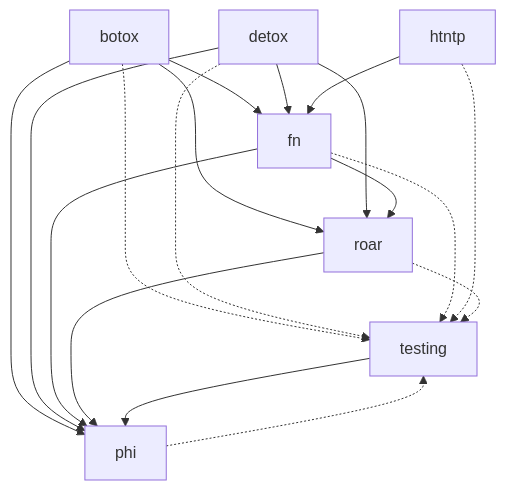
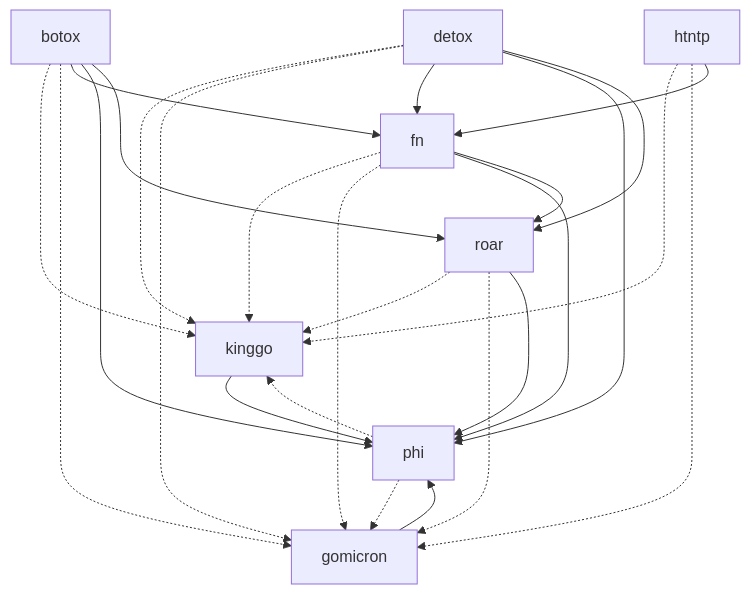
Before and after one commit to SamuelCabralCruz/going: the diagram in README.md, drawn with Mermaid. The commit also changed other lines of this file and 32 other files, not shown here.

Commit message:
rename testing kinggo + gomicron lib

````diff
--- a/README.md
+++ b/README.md
@@ -46,35 +46,45 @@
 ```mermaid
 graph TB
 ;
     BOTOX[botox];
     DETOX[detox];
     FN[fn];
+    GOMICRON[gomicron];
     HTNTP[htntp];
+    KINGGO[kinggo];
     PHI[phi];
     ROAR[roar];
-    TESTING[testing];
 
-    BOTOX -.-> TESTING;
-    DETOX -.-> TESTING;
-    FN -.-> TESTING;
-    HTNTP -.-> TESTING;
-    PHI -.-> TESTING;
-    ROAR -.-> TESTING;
+    BOTOX -.-> KINGGO;
+    DETOX -.-> KINGGO;
+    FN -.-> KINGGO;
+    HTNTP -.-> KINGGO;
+    PHI -.-> KINGGO;
+    ROAR -.-> KINGGO;
+
+    BOTOX -.-> GOMICRON;
+    DETOX -.-> GOMICRON;
+    FN -.-> GOMICRON;
+    HTNTP -.-> GOMICRON;
+    PHI -.-> GOMICRON;
+    ROAR -.-> GOMICRON;
 
     BOTOX --> FN;
     BOTOX --> PHI;
     BOTOX --> ROAR;
     
     DETOX --> FN;
     DETOX --> PHI;
     DETOX --> ROAR;
     
     FN --> PHI;
     FN --> ROAR;
+
+    GOMICRON --> PHI;
     
     HTNTP --> FN;
-    
+
+    KINGGO --> PHI;
+
     ROAR --> PHI;
-    
-    TESTING --> PHI;
 ```
````
